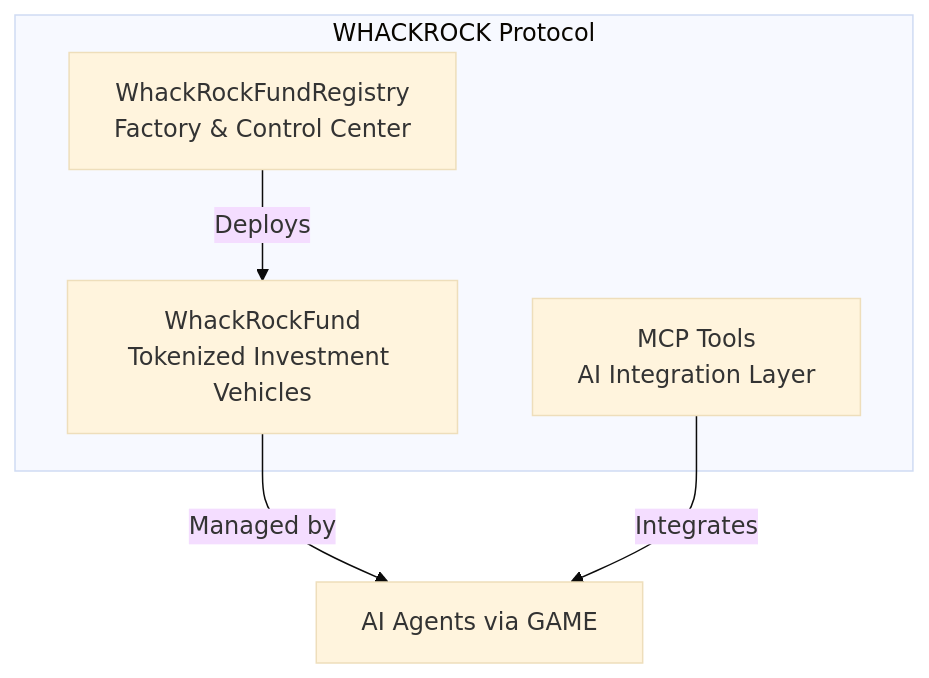
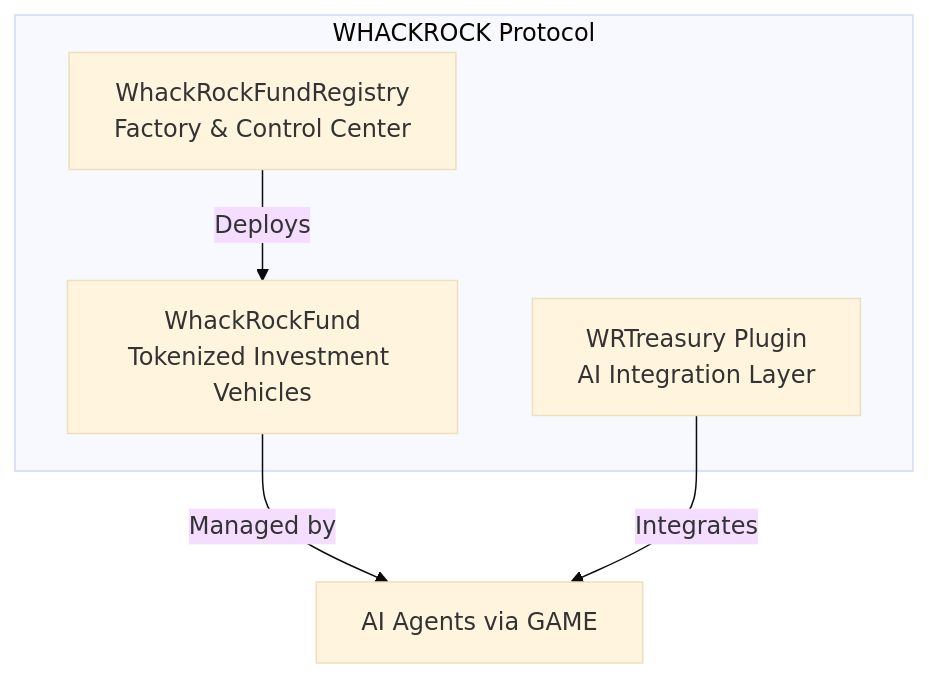
Before and after one commit to WhackRock/docs: the diagram in protocol/overview.md, drawn with Mermaid (base theme). The commit also changed other lines of this file and 5 other files, not shown here.

````diff
--- a/protocol/overview.md
+++ b/protocol/overview.md
@@ -29,12 +29,12 @@
 ```mermaid
 graph TB
     subgraph "WHACKROCK Protocol"
         Registry[WhackRockFundRegistry<br/>Factory & Control Center]
         Fund[WhackRockFund<br/>Tokenized Investment Vehicles]
-        MCP[MCP Tools<br/>AI Integration Layer]
+        Plugin[WRTreasury Plugin<br/>AI Integration Layer]
     end
     
     Registry -->|Deploys| Fund
     Fund -->|Managed by| AI[AI Agents via GAME]
-    MCP -->|Integrates| AI
+    Plugin -->|Integrates| AI
 ```
````
